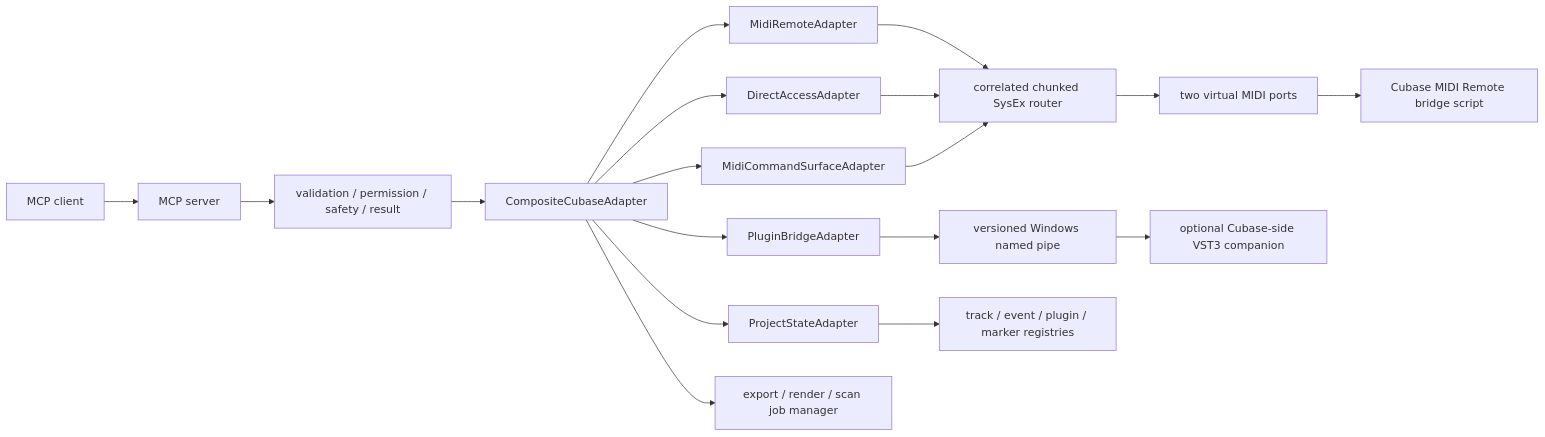
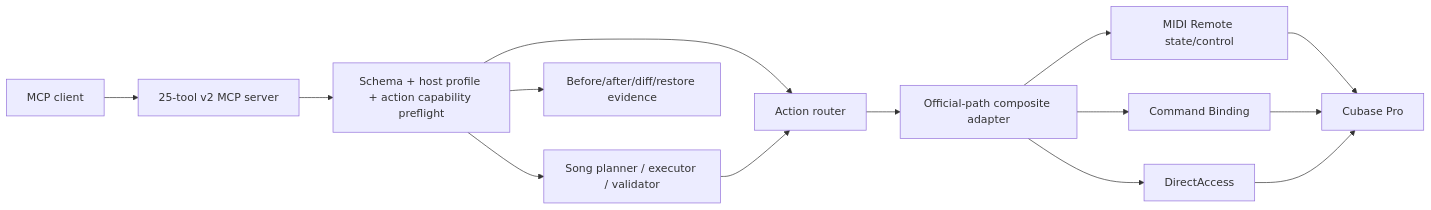
The diagram in docs/architecture.md (PIXELHIZE/CubaseMCP), drawn with Mermaid before and after one commit. The commit also changed other lines of this file and 92 other files, not shown here.

Commit message:
implement evidence-first Cubase MCP v2

````diff
--- a/docs/architecture.md
+++ b/docs/architecture.md
@@ -9,20 +3,16 @@
 ```mermaid
 flowchart LR
-  Client["MCP client"] --> Server["MCP server"]
-  Server --> Pipeline["validation / permission / safety / result"]
-  Pipeline --> Composite["CompositeCubaseAdapter"]
-  Composite --> State["ProjectStateAdapter"]
-  Composite --> MIDI["MidiRemoteAdapter"]
-  Composite --> DA["DirectAccessAdapter"]
-  Composite --> Command["MidiCommandSurfaceAdapter"]
-  Composite --> Plugin["PluginBridgeAdapter"]
-  MIDI --> Router["correlated chunked SysEx router"]
-  DA --> Router
-  Command --> Router
-  Router --> Ports["two virtual MIDI ports"]
-  Ports --> Script["Cubase MIDI Remote bridge script"]
-  Plugin --> Pipe["versioned Windows named pipe"]
-  Pipe --> Companion["optional Cubase-side VST3 companion"]
-  State --> Registries["track / event / plugin / marker registries"]
-  Composite --> Jobs["export / render / scan job manager"]
+  Client["MCP client"] --> Server["25-tool v2 MCP server"]
+  Server --> Preflight["Schema + host profile + action capability preflight"]
+  Preflight --> Song["Song planner / executor / validator"]
+  Preflight --> Router["Action router"]
+  Song --> Router
+  Router --> Adapter["Official-path composite adapter"]
+  Adapter --> MR["MIDI Remote state/control"]
+  Adapter --> CB["Command Binding"]
+  Adapter --> DA["DirectAccess"]
+  MR --> Cubase["Cubase Pro"]
+  CB --> Cubase
+  DA --> Cubase
+  Preflight --> Evidence["Before/after/diff/restore evidence"]
 ```
````
